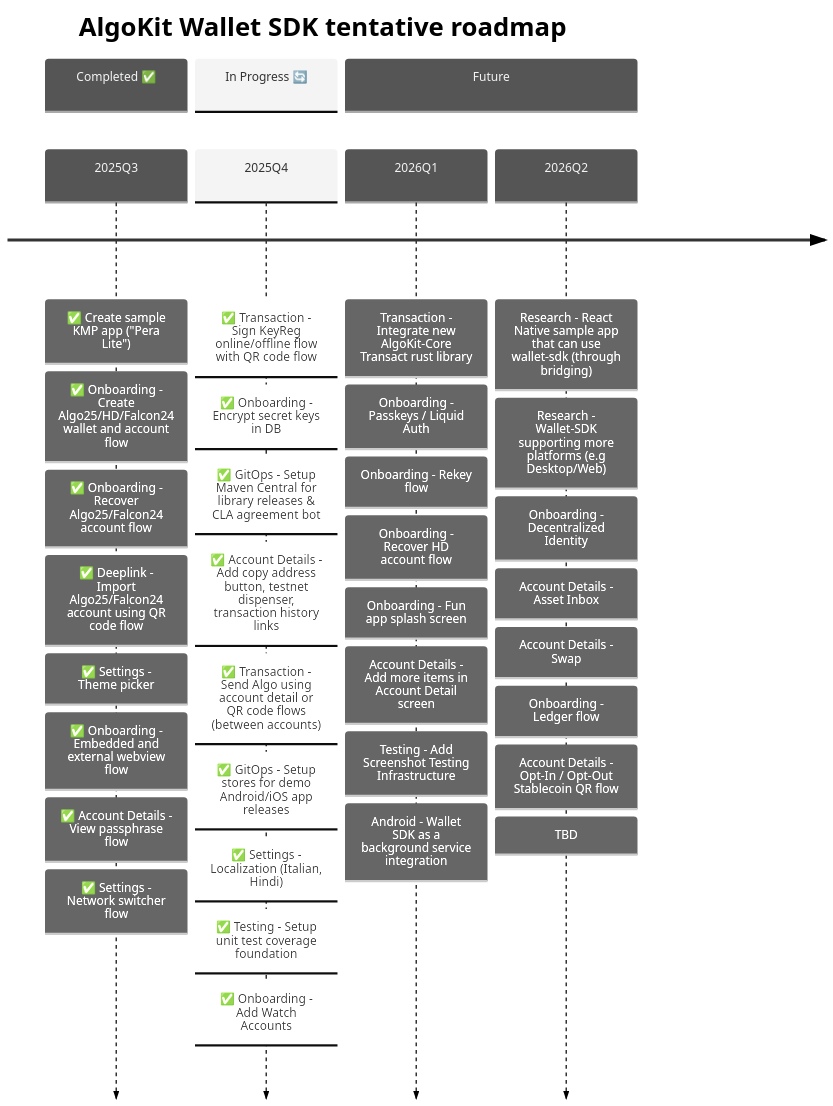
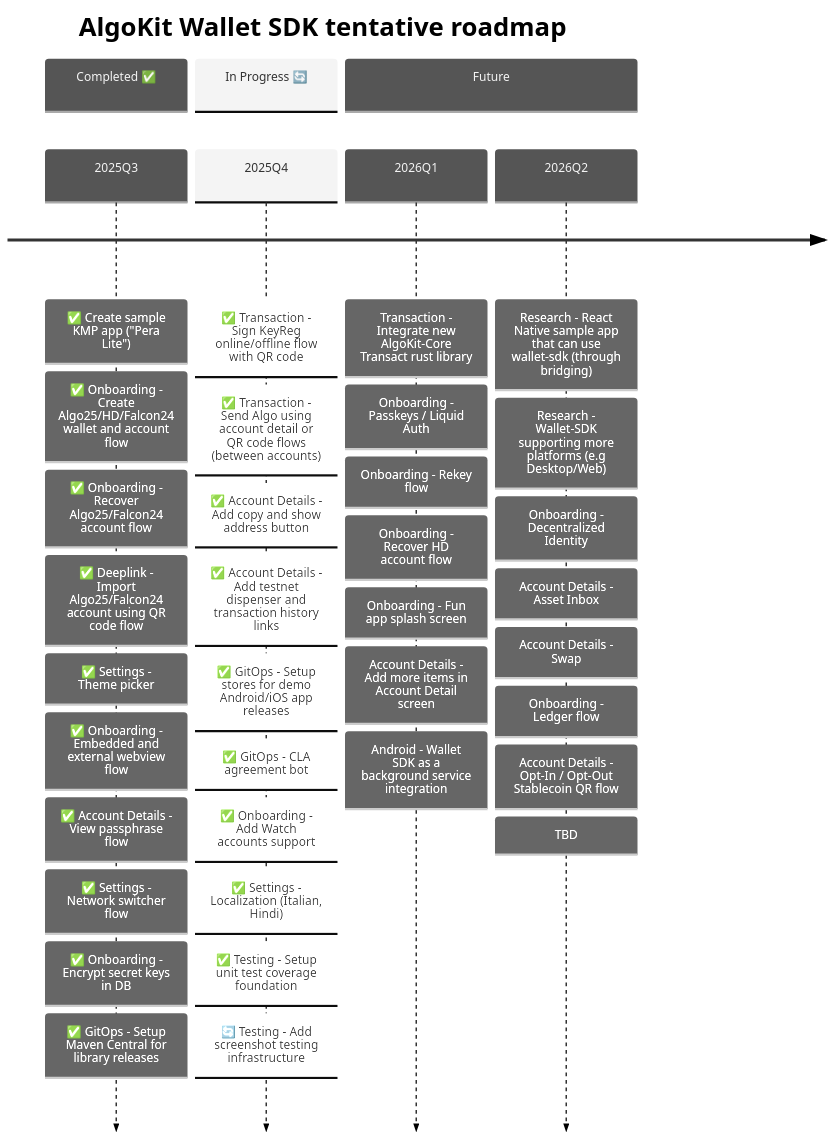
Before and after one commit to michaeltchuangllc/algokit-walletsdk-kmp: the second of 3 diagrams in README.md, drawn with Mermaid. The commit also changed 13 other files, not shown here.

Commit message:
feat: add show address screen (#158)

````diff
--- a/README.md
+++ b/README.md
@@ -67,48 +67,49 @@
 ```mermaid
 ---
 config:
   theme: 'neutral'
 ---
 timeline
     title AlgoKit Wallet SDK tentative roadmap
 
     section Completed ✅
     2025Q3  : ✅ Create sample KMP app ("Pera Lite")
             : ✅ Onboarding - Create Algo25/HD/Falcon24 wallet and account flow
             : ✅ Onboarding - Recover Algo25/Falcon24 account flow
             : ✅ Deeplink - Import Algo25/Falcon24 account using QR code flow
             : ✅ Settings - Theme picker
             : ✅ Onboarding - Embedded and external webview flow
             : ✅ Account Details - View passphrase flow
             : ✅ Settings - Network switcher flow
+            : ✅ Onboarding - Encrypt secret keys in DB
+            : ✅ GitOps - Setup Maven Central for library releases
 
     section In Progress 🔄
-    2025Q4  : ✅ Transaction - Sign KeyReg online/offline flow with QR code flow
-            : ✅ Onboarding - Encrypt secret keys in DB
-            : ✅ GitOps - Setup Maven Central for library releases & CLA agreement bot
-            : ✅ Account Details - Add copy address button, testnet dispenser, transaction history links
+    2025Q4  : ✅ Transaction - Sign KeyReg online/offline flow with QR code
             : ✅ Transaction - Send Algo using account detail or QR code flows (between accounts)
+            : ✅ Account Details - Add copy and show address button
+            : ✅ Account Details - Add testnet dispenser and transaction history links
             : ✅ GitOps - Setup stores for demo Android/iOS app releases
+            : ✅ GitOps - CLA agreement bot
+            : ✅ Onboarding - Add Watch accounts support
             : ✅ Settings - Localization (Italian, Hindi)
             : ✅ Testing - Setup unit test coverage foundation
-            : ✅ Onboarding - Add Watch Accounts
-
+            : 🔄 Testing - Add screenshot testing infrastructure
 
     section Future
     2026Q1  : Transaction - Integrate new AlgoKit-Core Transact rust library
             : Onboarding - Passkeys / Liquid Auth
             : Onboarding - Rekey flow
             : Onboarding - Recover HD account flow
             : Onboarding - Fun app splash screen
             : Account Details - Add more items in Account Detail screen
-            : Testing - Add Screenshot Testing Infrastructure
             : Android - Wallet SDK as a background service integration
     2026Q2  : Research - React Native sample app that can use wallet-sdk (through bridging)
             : Research - Wallet-SDK supporting more platforms (e.g Desktop/Web)
             : Onboarding - Decentralized Identity
             : Account Details - Asset Inbox
             : Account Details - Swap
             : Onboarding - Ledger flow
             : Account Details - Opt-In / Opt-Out Stablecoin QR flow
             : TBD
 ```
````
